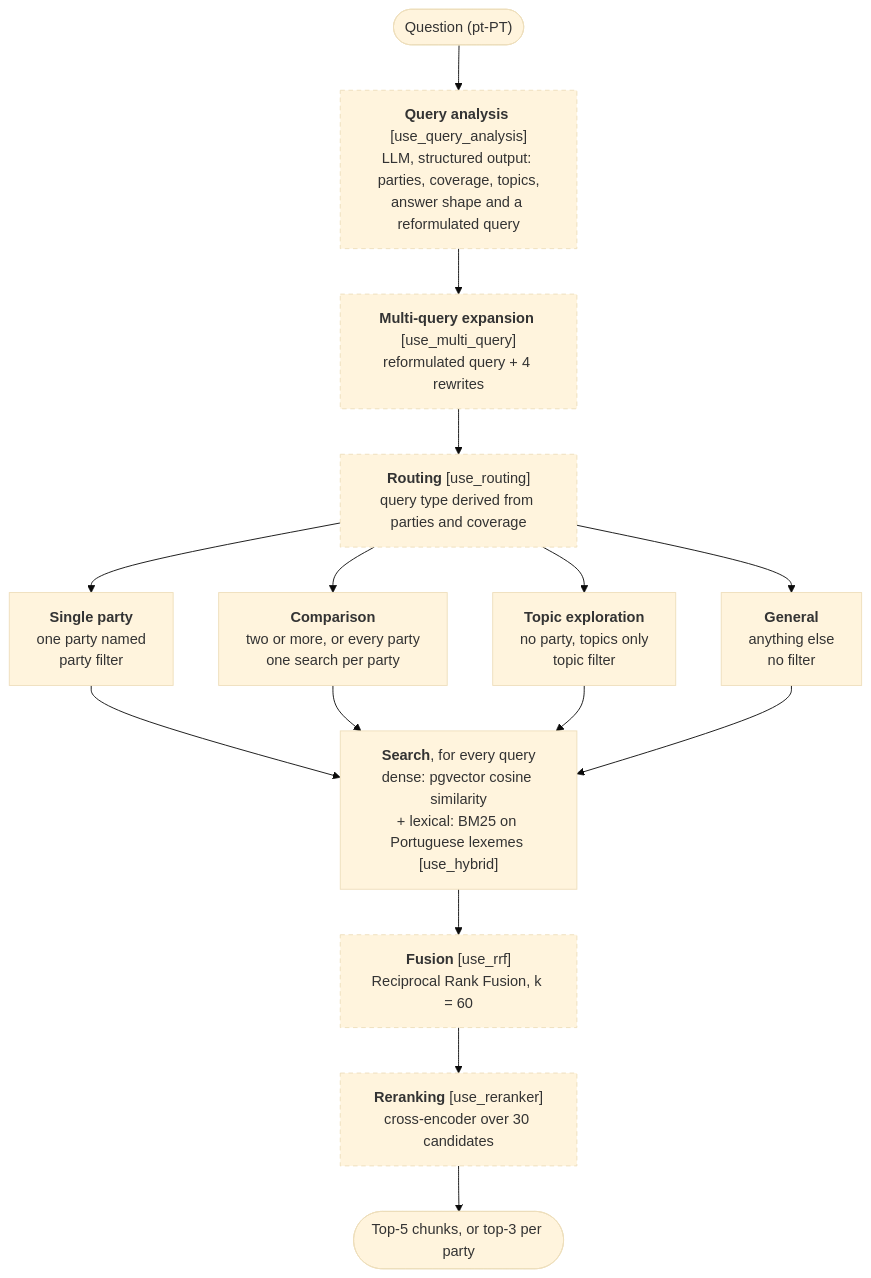
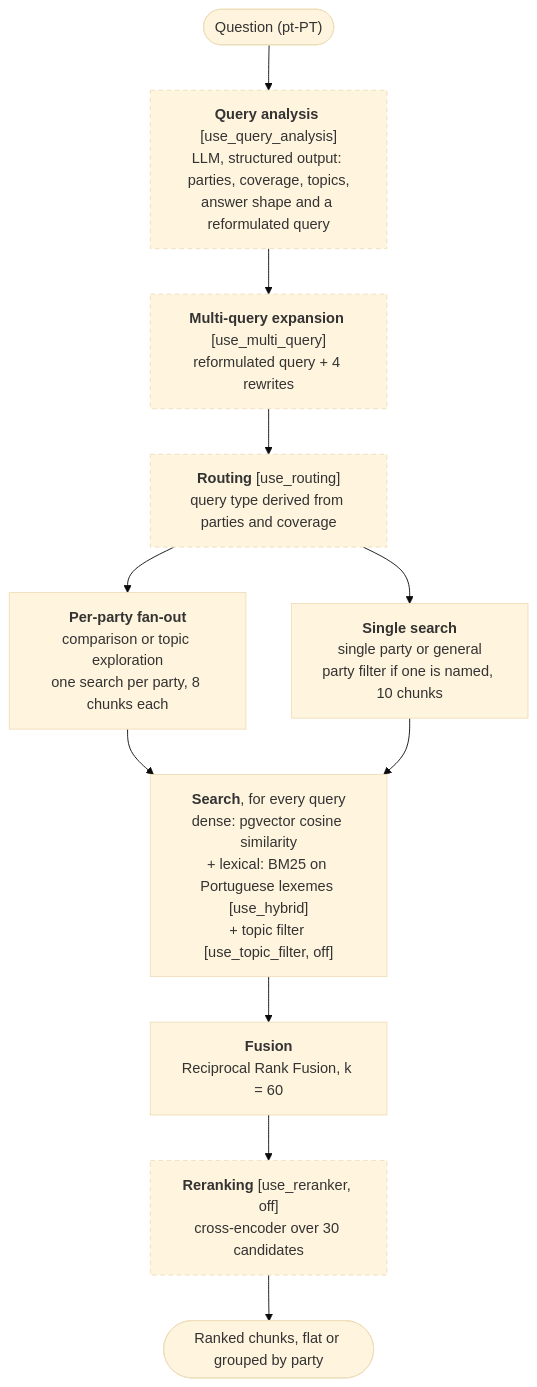
The third of 5 diagrams in docs/architecture.md (afonsoni/thesis), drawn with Mermaid (base theme) before and after one commit. The commit also changed other lines of this file and 6 other files, not shown here.

First line of the commit message:
docs(architecture): bring the diagrams up to date with the pipeline

````diff
--- a/docs/architecture.md
+++ b/docs/architecture.md
@@ -103,23 +102,21 @@
 ```mermaid
 flowchart TD
     Q(["Question (pt-PT)"])
     AN["<b>Query analysis</b> [use_query_analysis]<br/>LLM, structured output: parties, coverage, topics,<br/>answer shape and a reformulated query"]
     EX["<b>Multi-query expansion</b> [use_multi_query]<br/>reformulated query + 4 rewrites"]
     RT["<b>Routing</b> [use_routing]<br/>query type derived from parties and coverage"]
-    SP["<b>Single party</b><br/>one party named<br/>party filter"]
-    CMP["<b>Comparison</b><br/>two or more, or every party<br/>one search per party"]
-    TOP["<b>Topic exploration</b><br/>no party, topics only<br/>topic filter"]
-    GEN["<b>General</b><br/>anything else<br/>no filter"]
-    SE["<b>Search</b>, for every query<br/>dense: pgvector cosine similarity<br/>+ lexical: BM25 on Portuguese lexemes [use_hybrid]"]
-    FU["<b>Fusion</b> [use_rrf]<br/>Reciprocal Rank Fusion, k = 60"]
-    RR["<b>Reranking</b> [use_reranker]<br/>cross-encoder over 30 candidates"]
-    OUT(["Top-5 chunks, or top-3 per party"])
+    FAN["<b>Per-party fan-out</b><br/>comparison or topic exploration<br/>one search per party, 8 chunks each"]
+    ONE["<b>Single search</b><br/>single party or general<br/>party filter if one is named, 10 chunks"]
+    SE["<b>Search</b>, for every query<br/>dense: pgvector cosine similarity<br/>+ lexical: BM25 on Portuguese lexemes [use_hybrid]<br/>+ topic filter [use_topic_filter, off]"]
+    FU["<b>Fusion</b><br/>Reciprocal Rank Fusion, k = 60"]
+    RR["<b>Reranking</b> [use_reranker, off]<br/>cross-encoder over 30 candidates"]
+    OUT(["Ranked chunks, flat or grouped by party"])
 
     Q --> AN --> EX --> RT
-    RT --> SP & CMP & TOP & GEN
-    SP & CMP & TOP & GEN --> SE
+    RT --> FAN & ONE
+    FAN & ONE --> SE
     SE --> FU --> RR --> OUT
 
     classDef flag stroke-dasharray: 5 4
-    class AN,EX,RT,FU,RR flag
+    class AN,EX,RT,RR flag
 ```
````
